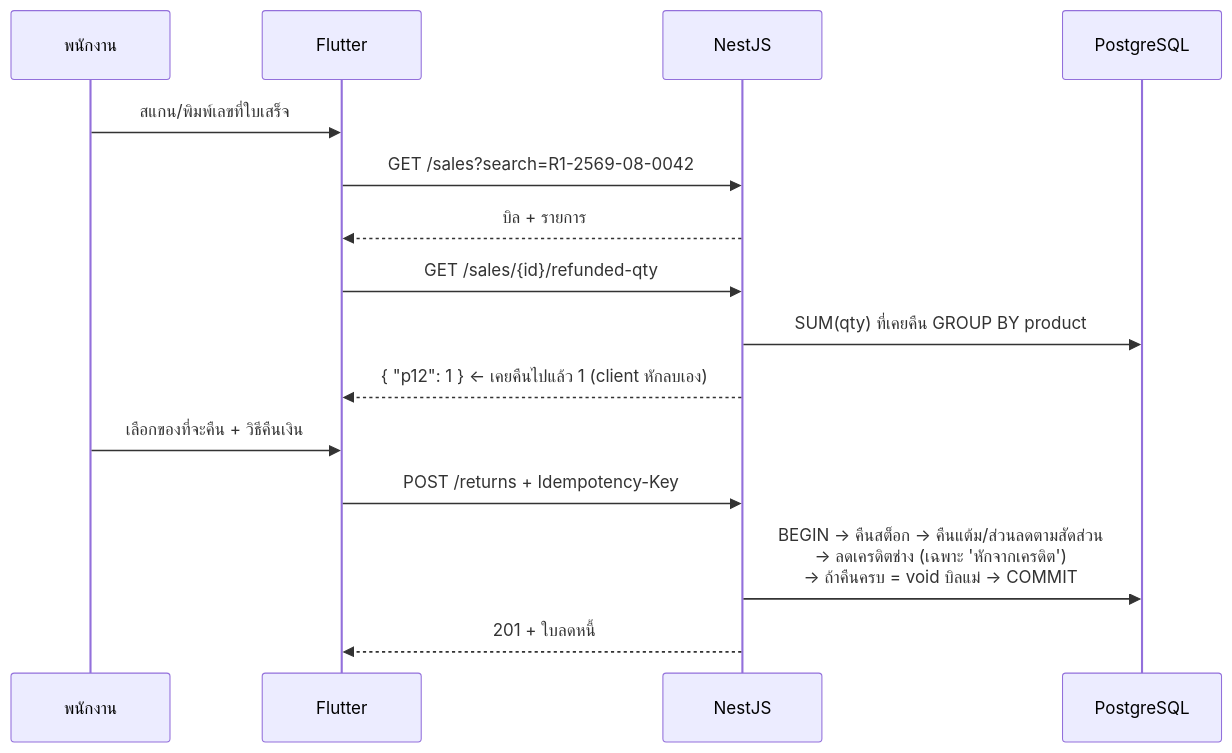
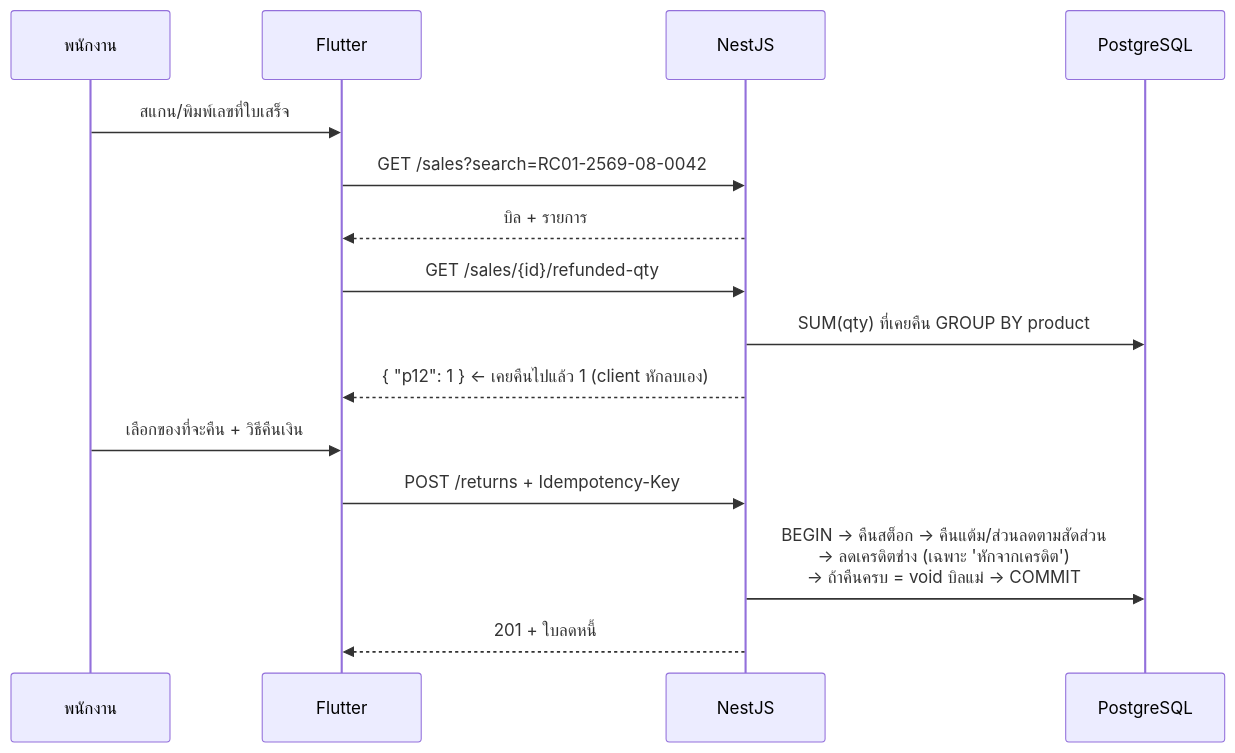
The second of 2 diagrams in docs/Backend_design/02_API_SCREENS.md (NuimanLP/srisurart-pos-flutter), drawn with Mermaid before and after one commit. The commit also changed other lines of this file and 17 other files, not shown here.

````diff
--- a/docs/Backend_design/02_API_SCREENS.md
+++ b/docs/Backend_design/02_API_SCREENS.md
@@ -283,17 +288,17 @@
 ```mermaid
 sequenceDiagram
     participant U as พนักงาน
     participant F as Flutter
     participant N as NestJS
     participant D as PostgreSQL
     U->>F: สแกน/พิมพ์เลขที่ใบเสร็จ
-    F->>N: GET /sales?search=R1-2569-08-0042
+    F->>N: GET /sales?search=RC01-2569-08-0042
     N-->>F: บิล + รายการ
     F->>N: GET /sales/{id}/refunded-qty
     N->>D: SUM(qty) ที่เคยคืน GROUP BY product
     N-->>F: { "p12": 1 }  ← เคยคืนไปแล้ว 1 (client หักลบเอง)
     U->>F: เลือกของที่จะคืน + วิธีคืนเงิน
     F->>N: POST /returns + Idempotency-Key
     N->>D: BEGIN → คืนสต็อก → คืนแต้ม/ส่วนลดตามสัดส่วน<br/>→ ลดเครดิตช่าง (เฉพาะ 'หักจากเครดิต')<br/>→ ถ้าคืนครบ = void บิลแม่ → COMMIT
     N-->>F: 201 + ใบลดหนี้
 ```
````
